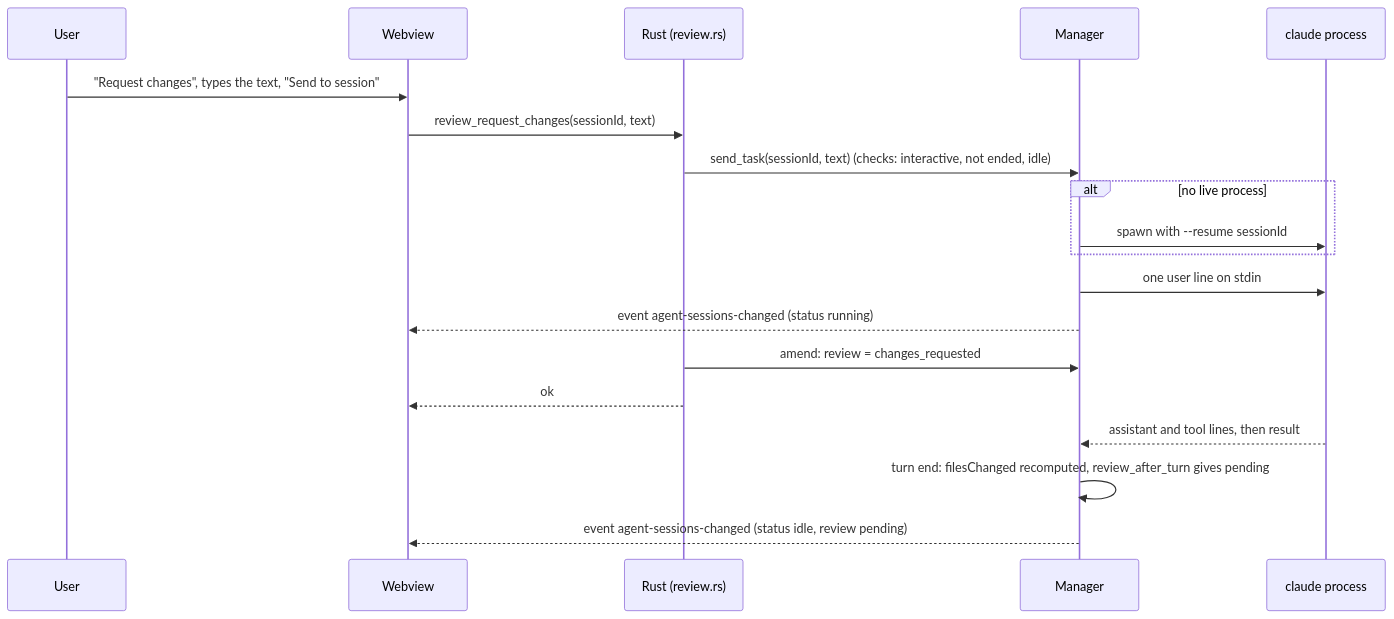
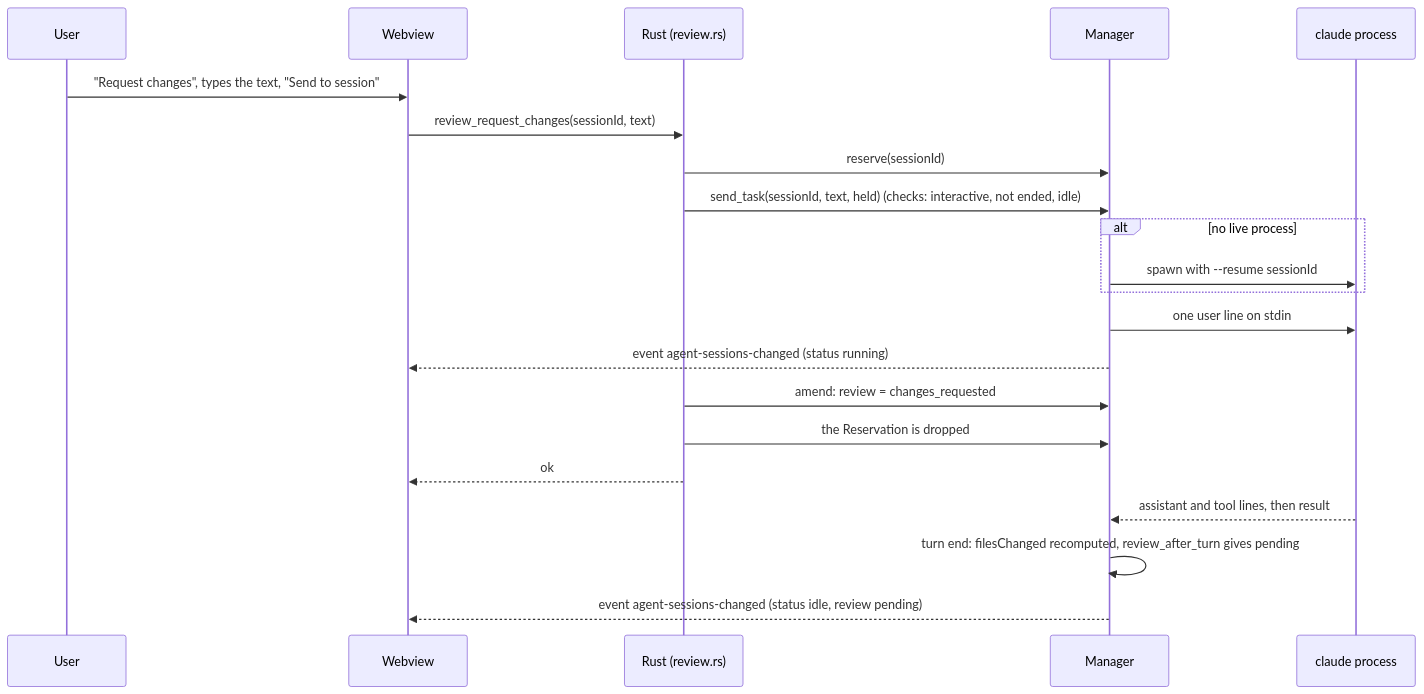
The third of 5 diagrams in docs/plans/phase-4-review.md (tyler59simon/agentic-hivemind-app), drawn with Mermaid before and after one commit. The commit also changed other lines of this file and 4 other files, not shown here.

````diff
--- a/docs/plans/phase-4-review.md
+++ b/docs/plans/phase-4-review.md
@@ -594,21 +624,23 @@
 ```mermaid
 sequenceDiagram
     participant U as User
     participant W as Webview
     participant R as Rust (review.rs)
     participant M as Manager
     participant C as claude process
     U->>W: "Request changes", types the text, "Send to session"
     W->>R: review_request_changes(sessionId, text)
-    R->>M: send_task(sessionId, text) (checks: interactive, not ended, idle)
+    R->>M: reserve(sessionId)
+    R->>M: send_task(sessionId, text, held) (checks: interactive, not ended, idle)
     alt no live process
         M->>C: spawn with --resume sessionId
     end
     M->>C: one user line on stdin
     M-->>W: event agent-sessions-changed (status running)
     R->>M: amend: review = changes_requested
+    R->>M: the Reservation is dropped
     R-->>W: ok
     C-->>M: assistant and tool lines, then result
     M->>M: turn end: filesChanged recomputed, review_after_turn gives pending
     M-->>W: event agent-sessions-changed (status idle, review pending)
 ```
````
